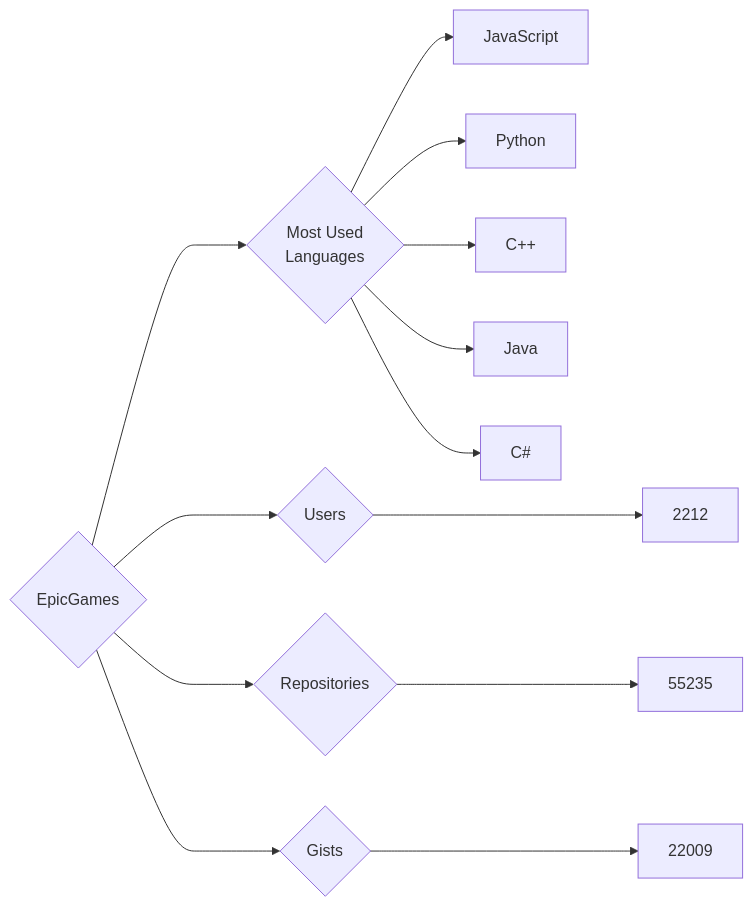
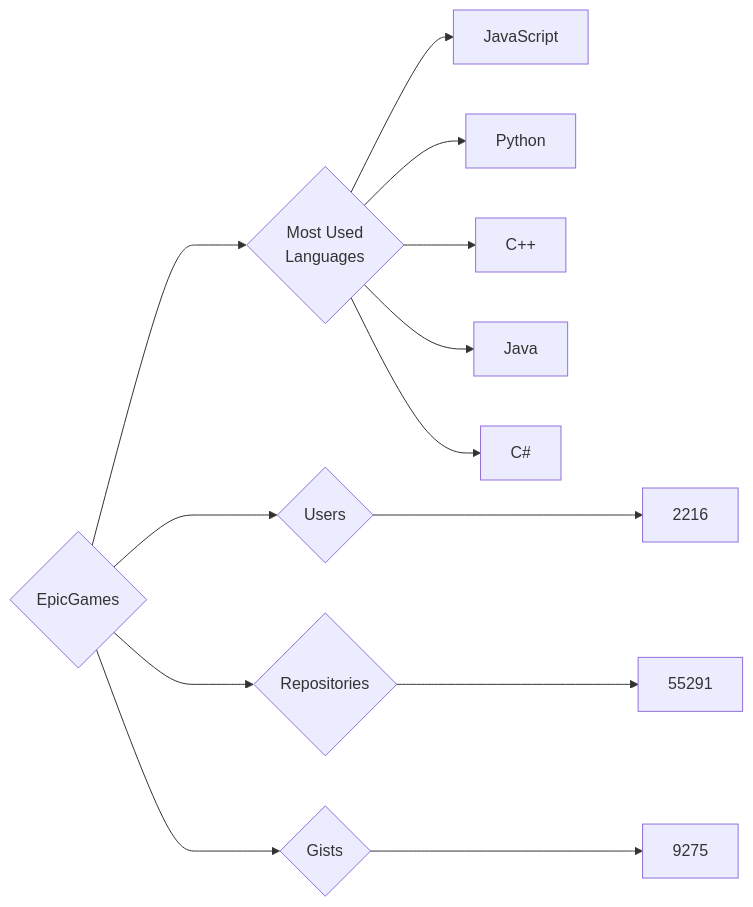
Before and after one commit to trickest/insiders: the diagram in targets/EpicGames/README.md, drawn with Mermaid. The commit also changed 806 other files, not shown here.

````diff
--- a/targets/EpicGames/README.md
+++ b/targets/EpicGames/README.md
@@ -3,13 +3,13 @@
 ```mermaid
 graph LR
 COMPANY_NAME{EpicGames}
-COMPANY_NAME ---> U{Users} ---> UN[2212]
-COMPANY_NAME ---> R{Repositories} ---> RN[55235]
-COMPANY_NAME ---> G{Gists} ---> GN[22009]
+COMPANY_NAME ---> U{Users} ---> UN[2216]
+COMPANY_NAME ---> R{Repositories} ---> RN[55291]
+COMPANY_NAME ---> G{Gists} ---> GN[9275]
 COMPANY_NAME ---> ML{Most Used<br>Languages}
 ML --> JavaScript[JavaScript]
 ML --> Python[Python]
 ML --> C++[C++]
 ML --> Java[Java]
 ML --> C#[C#]
 ```
````
